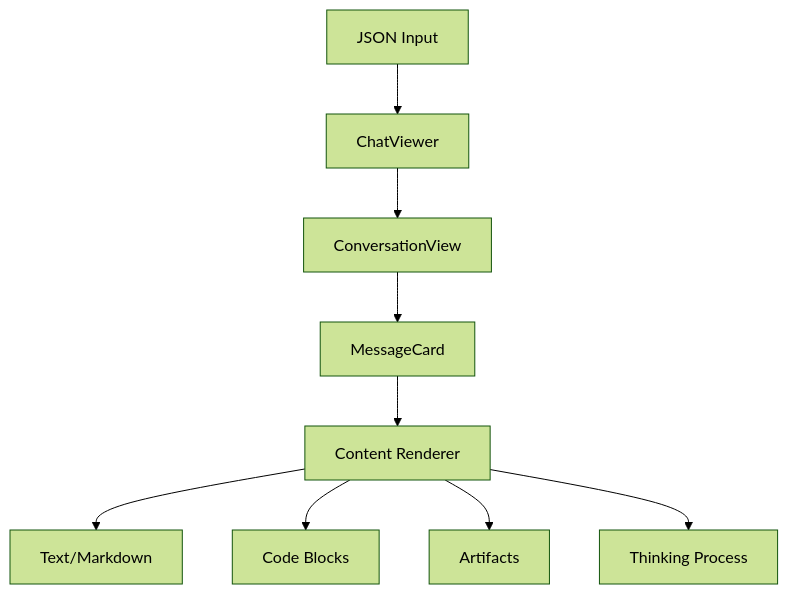
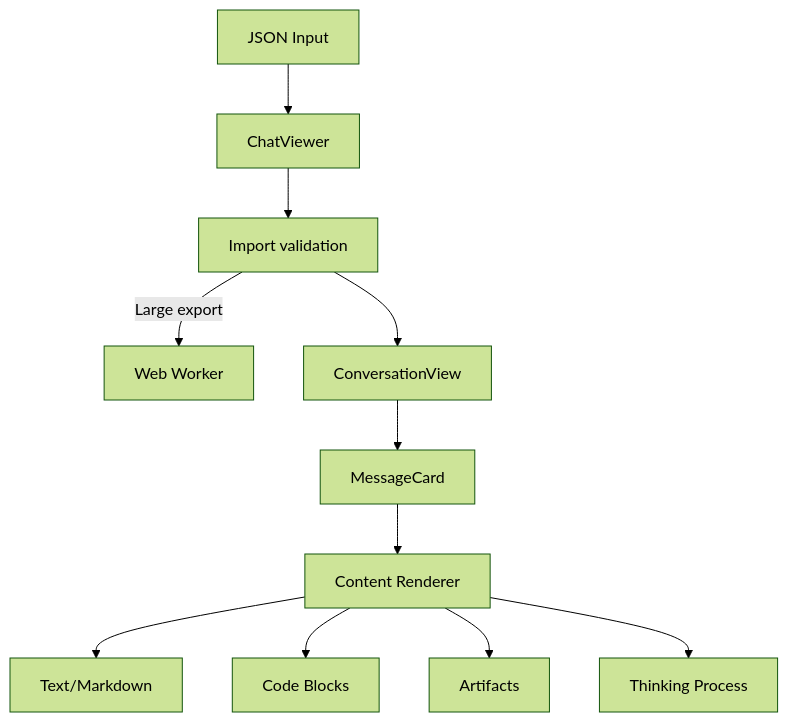
One commit to osteele/claude-chat-viewer changed the first of 2 diagrams in docs/technical.md. Above: the diagram before and after it, drawn with Mermaid (forest theme). The commit also changed other lines of this file and 33 other files, not shown here.

Commit message:
refactor: harden conversation import and search

````diff
--- a/docs/technical.md
+++ b/docs/technical.md
@@ -7,11 +7,13 @@
 ```mermaid
 graph TD
 A[JSON Input] --> B[ChatViewer]
-B --> C[ConversationView]
+B --> V[Import validation]
+V -->|Large export| W[Web Worker]
+V --> C[ConversationView]
 C --> D[MessageCard]
 D --> E[Content Renderer]
 E --> F[Text/Markdown]
 E --> G[Code Blocks]
 E --> H[Artifacts]
 E --> I[Thinking Process]
 ```
````
